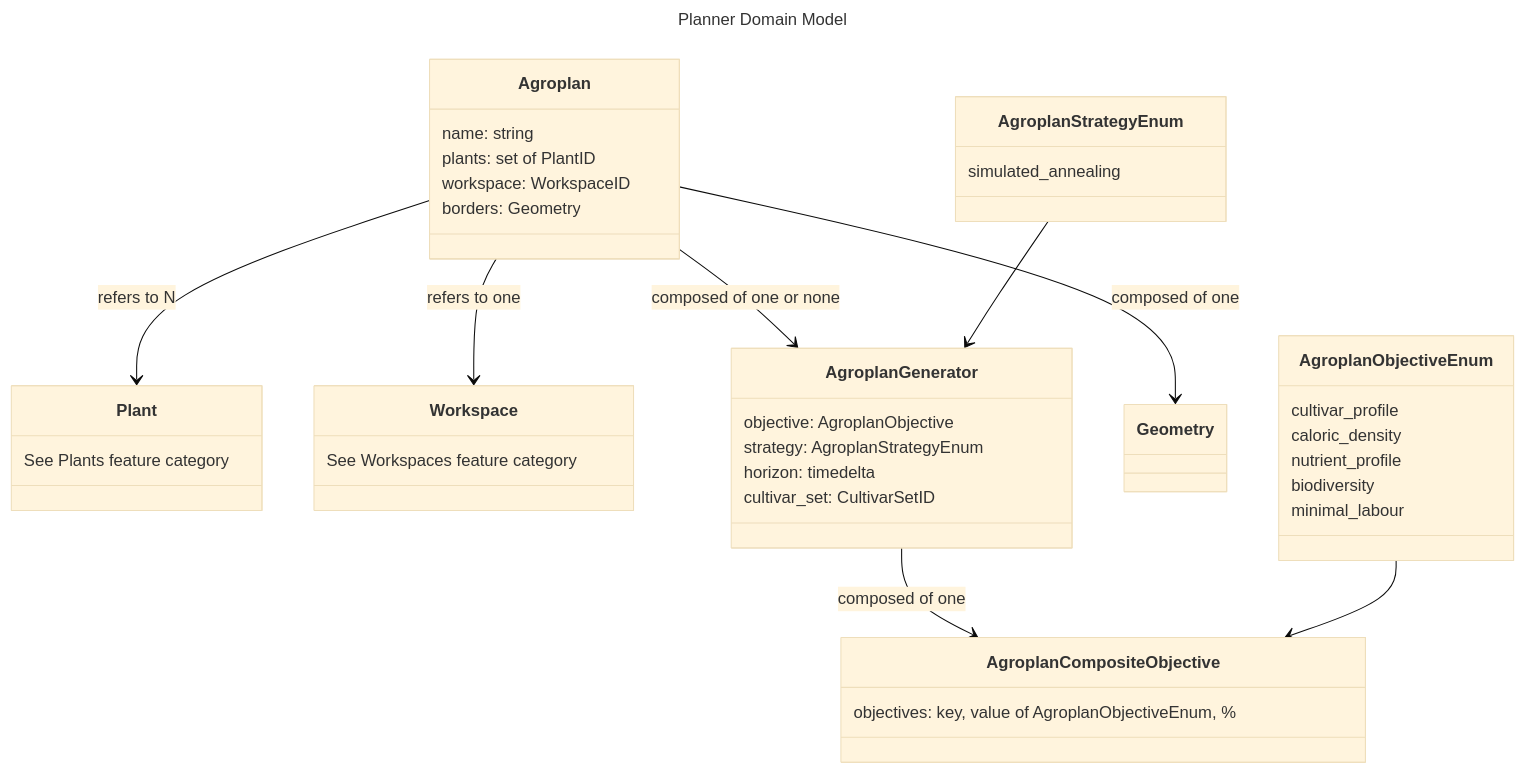
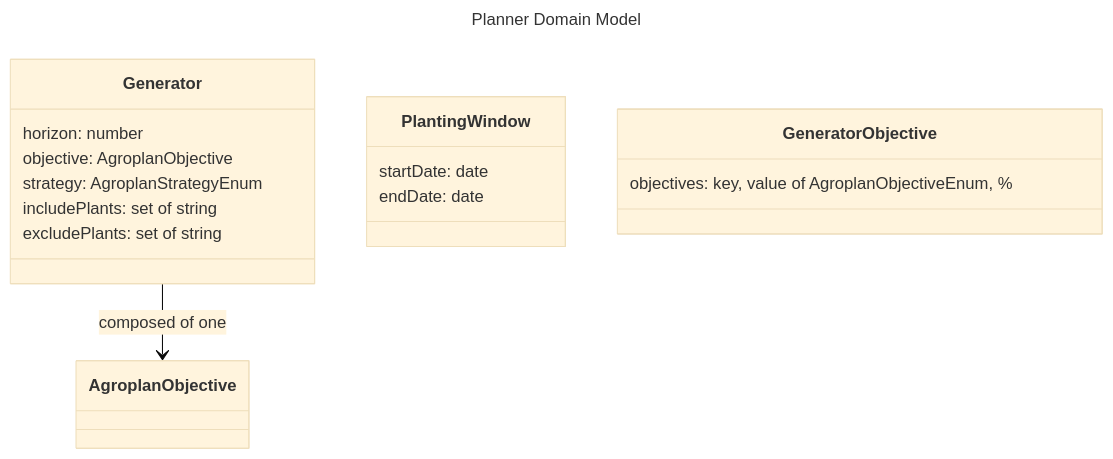
One commit to Verdagraph/Webapp changed the diagram in docs/planner/models.md. Above: the diagram before and after it, drawn with Mermaid (base theme). The commit also changed other lines of this file and 17 other files, not shown here.

````diff
--- a/docs/planner/models.md
+++ b/docs/planner/models.md
@@ -1,46 +5,24 @@
 ```mermaid
 ---
 title: Planner Domain Model
 ---
 classDiagram
 
-    Agroplan --> Plant : refers to N
-    Agroplan --> Workspace: refers to one
-    Agroplan --> AgroplanGenerator : composed of one or none
-    Agroplan --> Geometry : composed of one
-    AgroplanStrategyEnum --> AgroplanGenerator
-    AgroplanGenerator --> AgroplanCompositeObjective : composed of one
-    AgroplanObjectiveEnum --> AgroplanCompositeObjective
-    class Agroplan{
-        name: string
-        plants: set of PlantID
-        workspace: WorkspaceID
-        borders: Geometry
+    Generator --> AgroplanObjective : composed of one
+
+    class PlantingWindow {
+        startDate: date
+        endDate: date
     }
-    class Plant{
-        See Plants feature category
-    }
-    class Workspace{
-        See Workspaces feature category
-    }
-    class AgroplanGenerator{
+    class Generator{
+        horizon: number
         objective: AgroplanObjective
         strategy: AgroplanStrategyEnum
-        horizon: timedelta
-        cultivar_set: CultivarSetID
+        includePlants: set of string
+        excludePlants: set of string
     }
-    class AgroplanStrategyEnum{
-        simulated_annealing
-    }
-    class AgroplanCompositeObjective{
+    class GeneratorObjective{
         objectives: key, value of AgroplanObjectiveEnum, %
-    }
-    class AgroplanObjectiveEnum{
-        cultivar_profile
-        caloric_density
-        nutrient_profile
-        biodiversity
-        minimal_labour
     }
 
 ```
````
